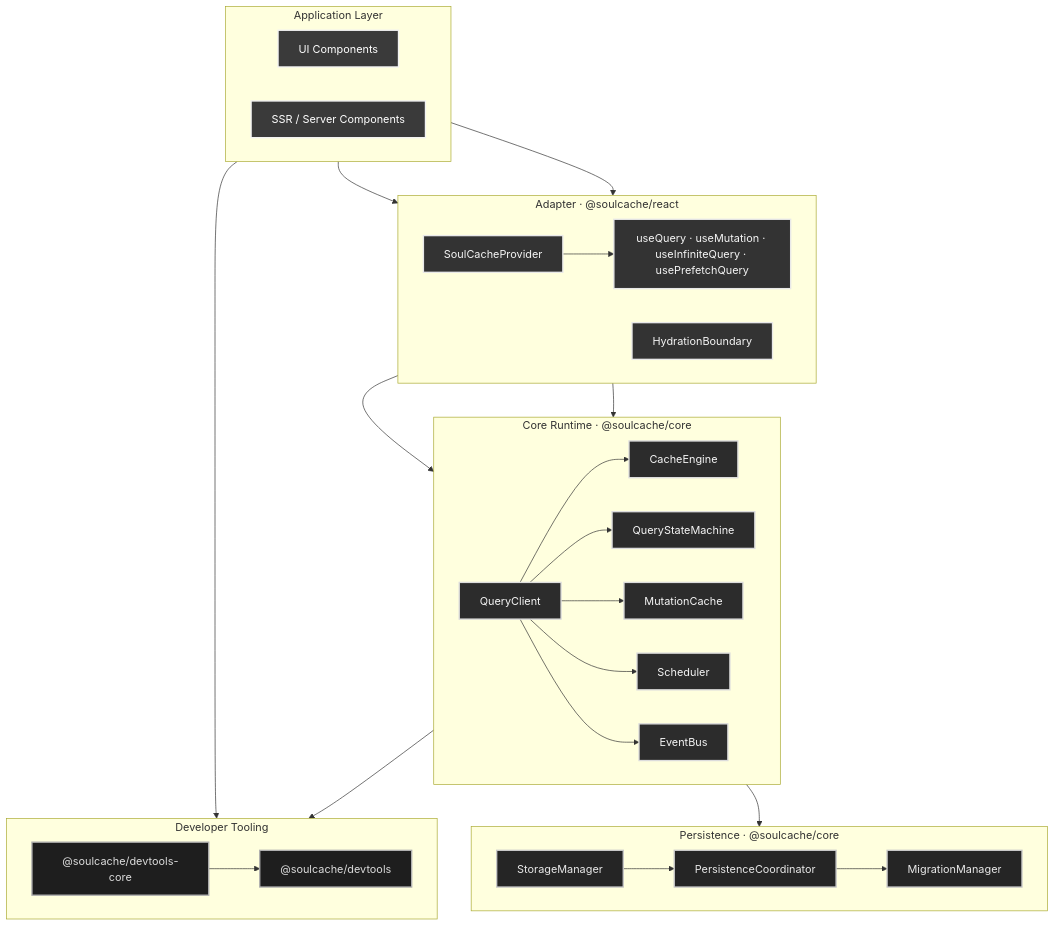
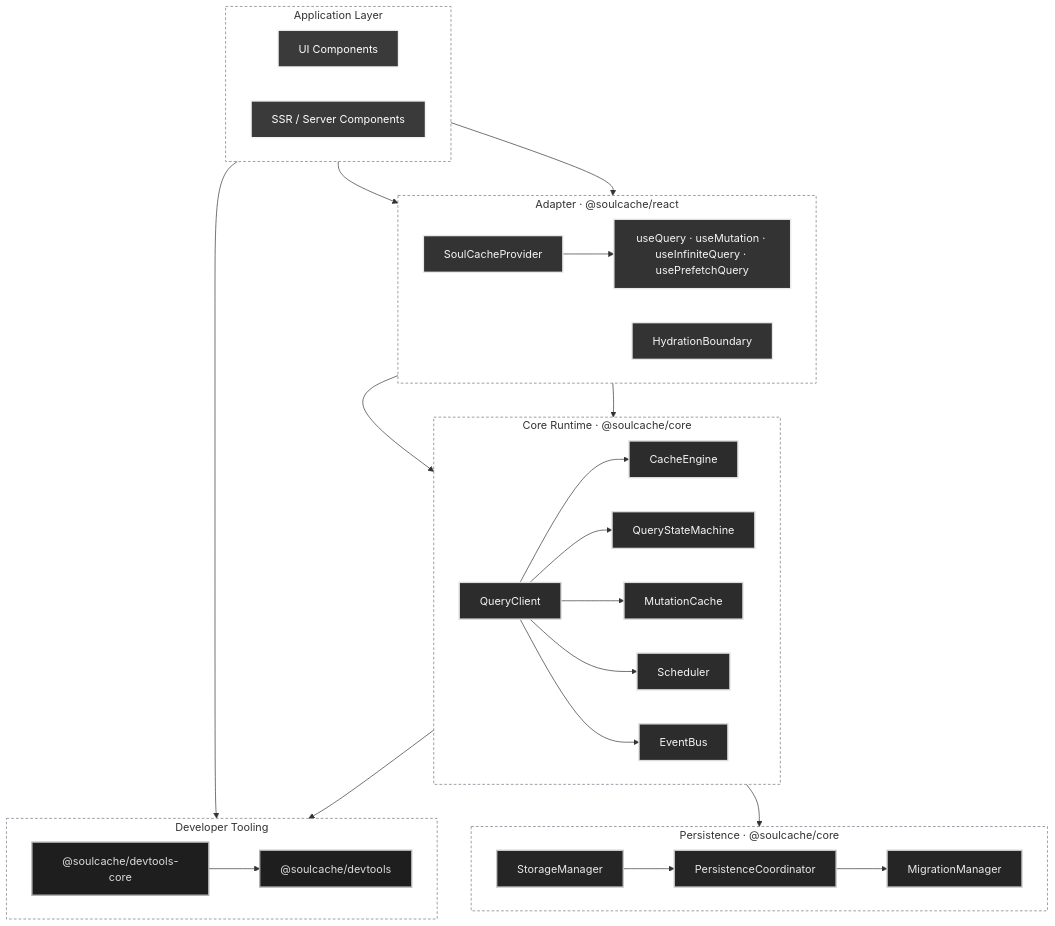
Before and after one commit to kasihagustinusT/soulcache: the diagram in README.md, drawn with Mermaid.

Commit message:
fix(readme): restore architecture diagram rendering

````diff
--- a/README.md
+++ b/README.md
@@ -56,71 +56,76 @@
 ```mermaid
-%%{init: {"theme": "base", "themeVariables": {"fontFamily": "ui-monospace, 'SFMono-Regular', Menlo, Consolas, monospace", "primaryColor": "#1e1e1e", "primaryTextColor": "#e8e8e8", "primaryBorderColor": "#e8e8e8", "secondaryColor": "#1e1e1e", "tertiaryColor": "#1e1e1e", "lineColor": "#7f8c8d", "clusterBkg": "#111111", "clusterBorder": "#555555", "edgeLabelBackground": "#1e1e1e", "edgeLabelTextColor": "#e8e8e8", "nodeBorder": "#e8e8e8", "nodeTextColor": "#e8e8e8"}}}%%
 flowchart TB
     subgraph APP["Application Layer"]
         direction LR
         UI["UI Components"]
         SSR["SSR / Server Components"]
     end
 
     subgraph AD["Adapter · @soulcache/react"]
         direction LR
         PROV["SoulCacheProvider"]
         HOOKS["useQuery · useMutation · useInfiniteQuery · usePrefetchQuery"]
         HYD["HydrationBoundary"]
     end
 
     subgraph CORE["Core Runtime · @soulcache/core"]
         direction LR
         QC["QueryClient"]
         CE["CacheEngine"]
         QSM["QueryStateMachine"]
         MC["MutationCache"]
         SC["Scheduler"]
         EB["EventBus"]
     end
 
     subgraph PERS["Persistence · @soulcache/core"]
         direction LR
         SM["StorageManager"]
         PC["PersistenceCoordinator"]
         MM["MigrationManager"]
     end
 
     subgraph DEV["Developer Tooling"]
         direction LR
         DTC["@soulcache/devtools-core"]
         DT["@soulcache/devtools"]
     end
 
     UI --> PROV
     SSR --> HYD
     PROV --> HOOKS
     HYD --> QC
     HOOKS --> QC
 
     QC --> CE
     QC --> QSM
     QC --> MC
     QC --> SC
     QC --> EB
 
     CE --> SM
     SM --> PC
     PC --> MM
 
     QC --> DTC
     DTC --> DT
     UI --> DT
 
     classDef app fill:#3a3a3a,stroke:#f2f2f2,color:#ffffff,stroke-width:2px
     classDef adapter fill:#333333,stroke:#e8e8e8,color:#f5f5f5,stroke-width:2px
     classDef core fill:#2c2c2c,stroke:#dcdcdc,color:#f5f5f5,stroke-width:2px
     classDef persist fill:#252525,stroke:#c8c8c8,color:#e8e8e8,stroke-width:2px
     classDef dev fill:#1e1e1e,stroke:#b0b0b0,color:#dcdcdc,stroke-width:2px
 
     class UI,SSR app
     class PROV,HOOKS,HYD adapter
     class QC,CE,QSM,MC,SC,EB core
     class SM,PC,MM persist
     class DTC,DT dev
+
+    style APP fill:none,stroke:#6e7681,stroke-dasharray:4 3,stroke-width:1px
+    style AD fill:none,stroke:#6e7681,stroke-dasharray:4 3,stroke-width:1px
+    style CORE fill:none,stroke:#6e7681,stroke-dasharray:4 3,stroke-width:1px
+    style PERS fill:none,stroke:#6e7681,stroke-dasharray:4 3,stroke-width:1px
+    style DEV fill:none,stroke:#6e7681,stroke-dasharray:4 3,stroke-width:1px
 ```
````
